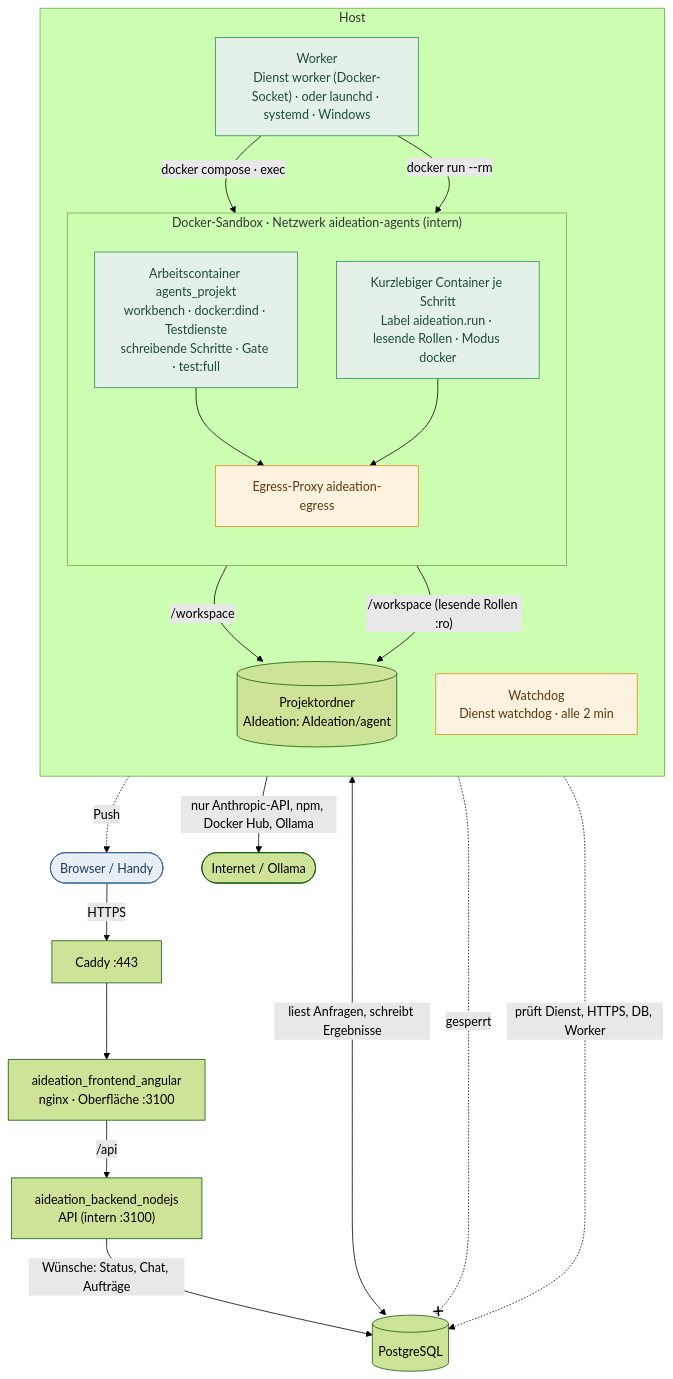
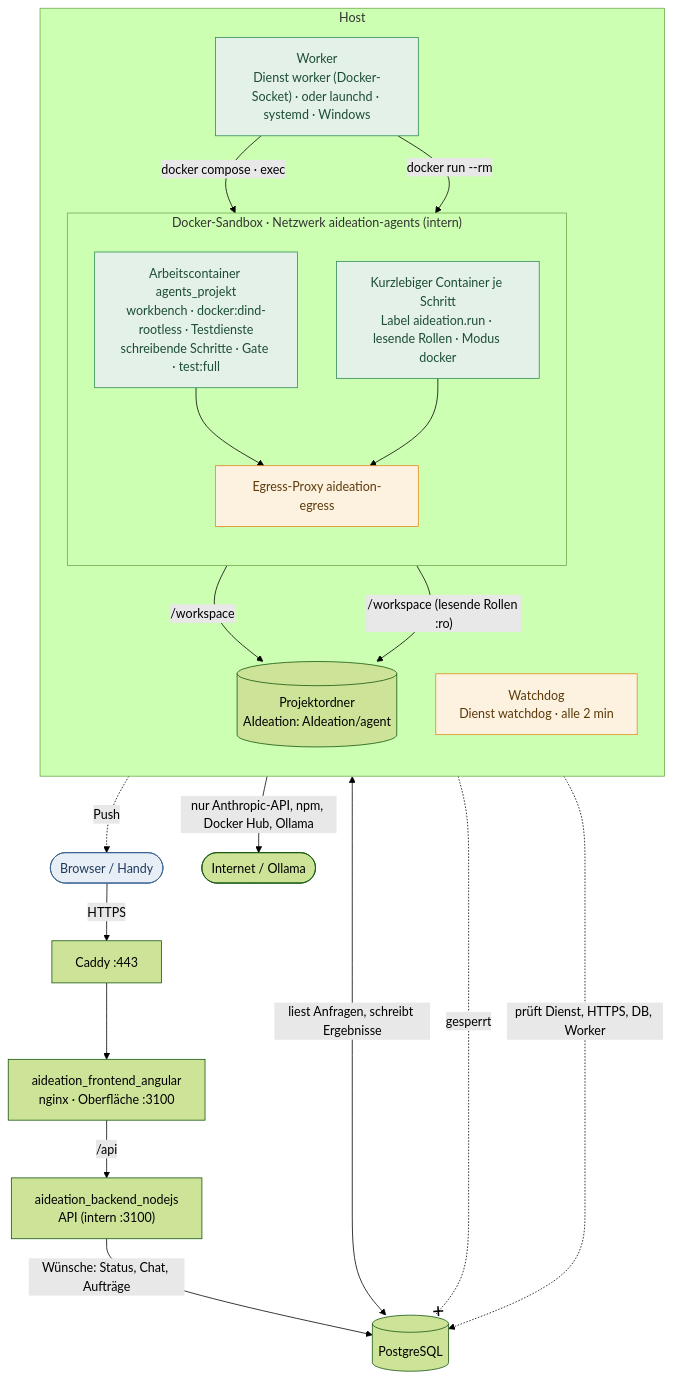
One commit to zaaaazzy/AutoDEV changed the first of 9 diagrams in docs/laufzeit.md. Above: the diagram before and after it, drawn with Mermaid (forest theme). The commit also changed other lines of this file and 7 other files, not shown here.

First line of the commit message:
fix(sicherheit): Docker im Arbeitscontainer rootless statt privilegiert

````diff
--- a/docs/laufzeit.md
+++ b/docs/laufzeit.md
@@ -9,34 +9,34 @@
 ```mermaid
 flowchart TB
   U(["Browser / Handy"]):::person -->|HTTPS| C["Caddy :443"]
   C --> FE["aideation_frontend_angular<br/>nginx · Oberfläche :3100"]
   FE -->|"/api"| API["aideation_backend_nodejs<br/>API (intern :3100)"]
   subgraph HOST["Host"]
     direction TB
     W["Worker<br/>Dienst worker (Docker-Socket) · oder launchd · systemd · Windows"]:::ok
     WD["Watchdog<br/>Dienst watchdog · alle 2 min"]:::wait
     P[("Projektordner<br/>AIdeation: AIdeation/agent")]
     subgraph SANDBOX["Docker-Sandbox · Netzwerk aideation-agents (intern)"]
       direction TB
-      WB["Arbeitscontainer agents_projekt<br/>workbench · docker:dind · Testdienste<br/>schreibende Schritte · Gate · test:full"]:::ok
+      WB["Arbeitscontainer agents_projekt<br/>workbench · docker:dind-rootless · Testdienste<br/>schreibende Schritte · Gate · test:full"]:::ok
       AG["Kurzlebiger Container je Schritt<br/>Label aideation.run · lesende Rollen · Modus docker"]:::ok
       EG["Egress-Proxy aideation-egress"]:::wait
     end
   end
   API -->|"Wünsche: Status, Chat, Aufträge"| DB[("PostgreSQL")]
   W <-->|"liest Anfragen, schreibt Ergebnisse"| DB
   W -->|"docker compose · exec"| WB
   W -->|"docker run --rm"| AG
   WB -->|/workspace| P
   AG -->|"/workspace (lesende Rollen :ro)"| P
   WB --> EG
   AG --> EG
   EG -->|"nur Anthropic-API, npm, Docker Hub, Ollama"| NET(["Internet / Ollama"])
   AG -.-x|gesperrt| DB
   WD -.->|"prüft Dienst, HTTPS, DB, Worker"| DB
   WD -.->|Push| U
   classDef ok fill:#e3f1e8,stroke:#2f8a57,color:#1d4d33
   classDef bad fill:#fbe9e4,stroke:#b4472f,color:#6b2717
   classDef wait fill:#fdf1e0,stroke:#e08a1e,color:#5c3a0a
   classDef person fill:#e8eef6,stroke:#36608f,color:#1f3a5c
 ```
````
